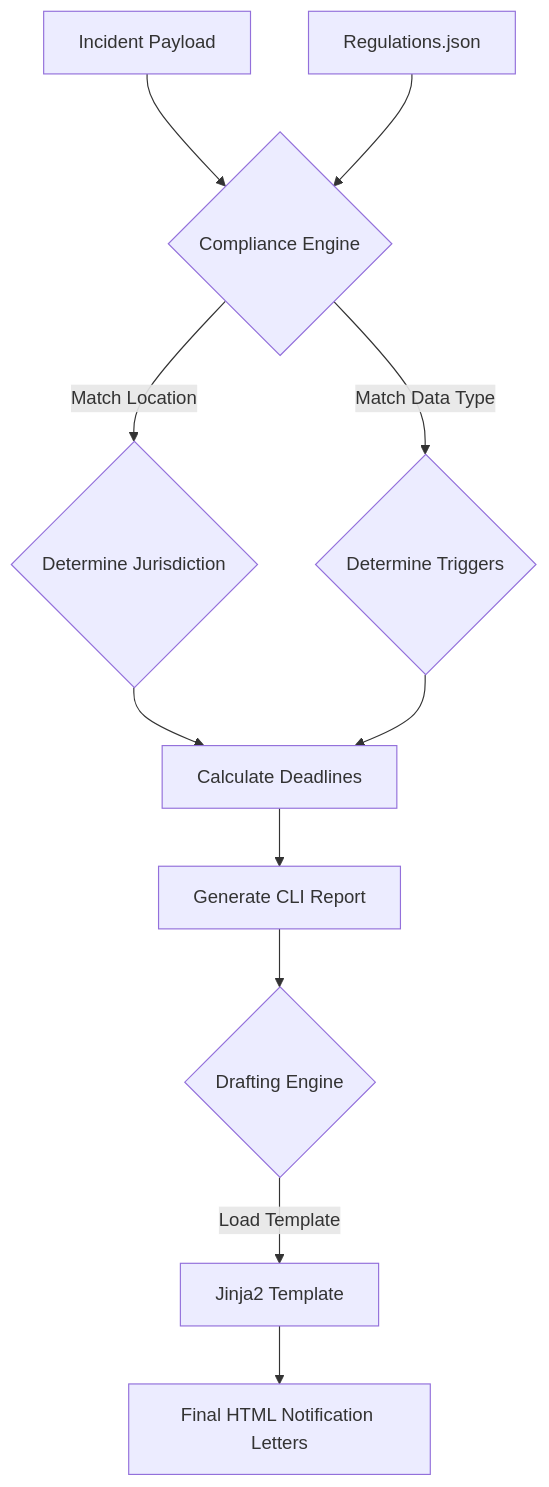
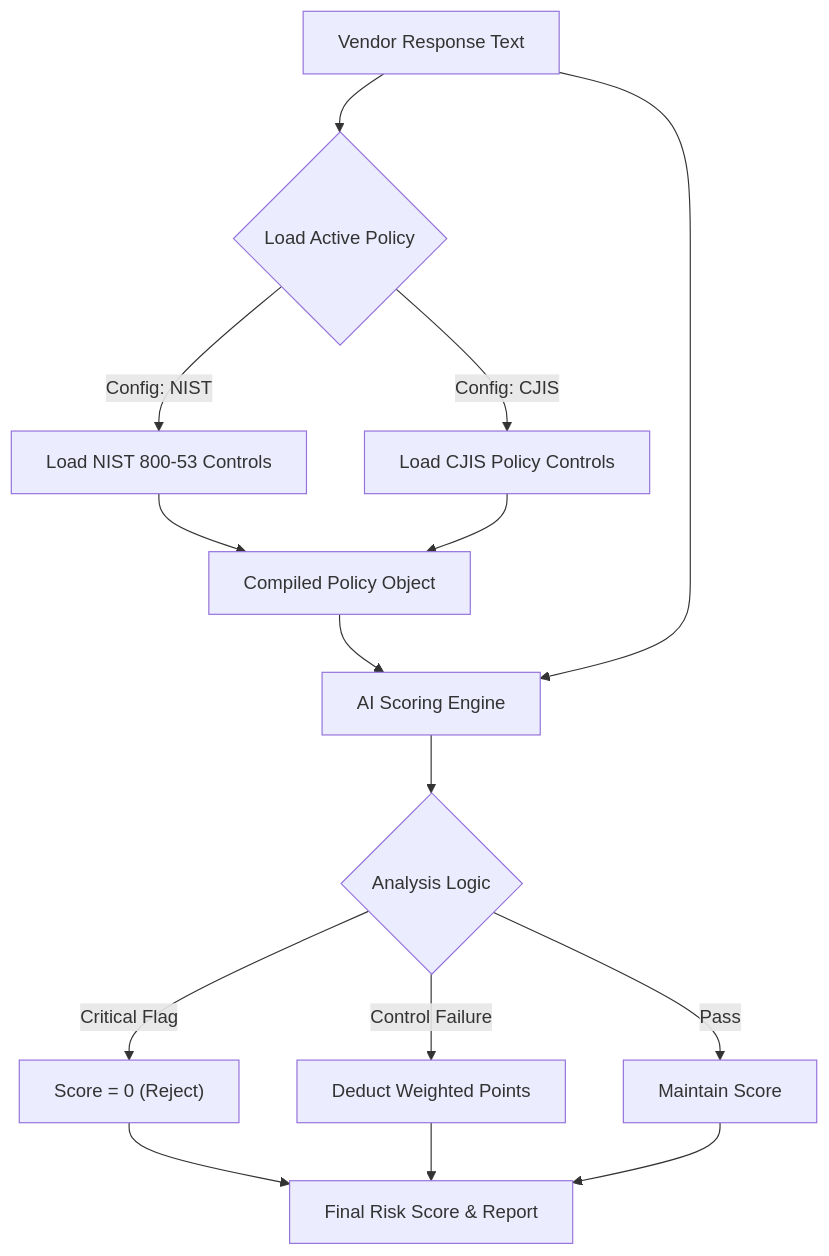
Before and after one commit to codyjkeller/breach-notification-engine: the diagram in README.md, drawn with Mermaid. The commit also changed other lines of this file, not shown here.

Commit message:
docs: add visible disclaimer, fix import path, bump regulations version

````diff
--- a/README.md
+++ b/README.md
@@ -27,15 +79,18 @@
 ```mermaid
 graph TD
-    A[Incident Payload] --> B{Compliance Engine}
-    C[Regulations.json] --> B
+    A["Vendor Response Text"] --> B{"Load Active Policy"}
+    B -->|Config: NIST| C["Load NIST 800-53 Controls"]
+    B -->|Config: CJIS| D["Load CJIS Policy Controls"]
     
-    B -->|Match Location| D{Determine Jurisdiction}
-    B -->|Match Data Type| E{Determine Triggers}
+    C & D --> E["Compiled Policy Object"]
     
-    D & E --> F[Calculate Deadlines]
-    F --> G[Generate CLI Report]
+    E --> F["AI Scoring Engine"]
+    A --> F
     
-    G --> H{Drafting Engine}
-    H -->|Load Template| I[Jinja2 Template]
-    I --> J[Final HTML Notification Letters]
+    F --> G{"Analysis Logic"}
+    G -->|Critical Flag| H["Score = 0 (Reject)"]
+    G -->|Control Failure| I["Deduct Weighted Points"]
+    G -->|Pass| J["Maintain Score"]
+    
+    H & I & J --> K["Final Risk Score & Report"]
 ```
````
